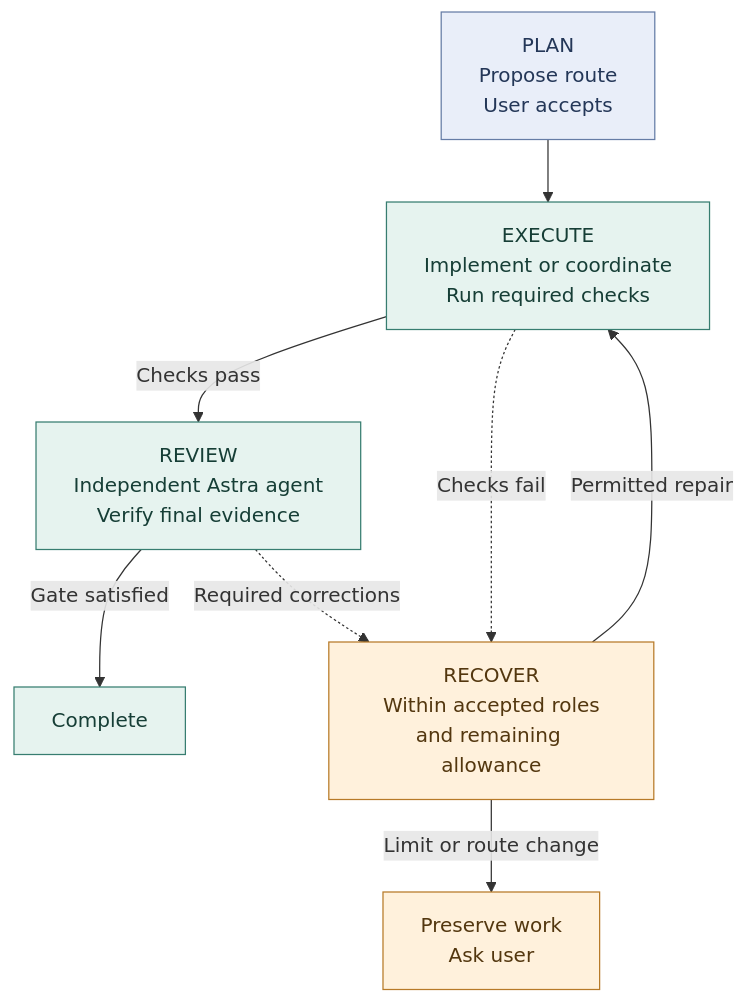
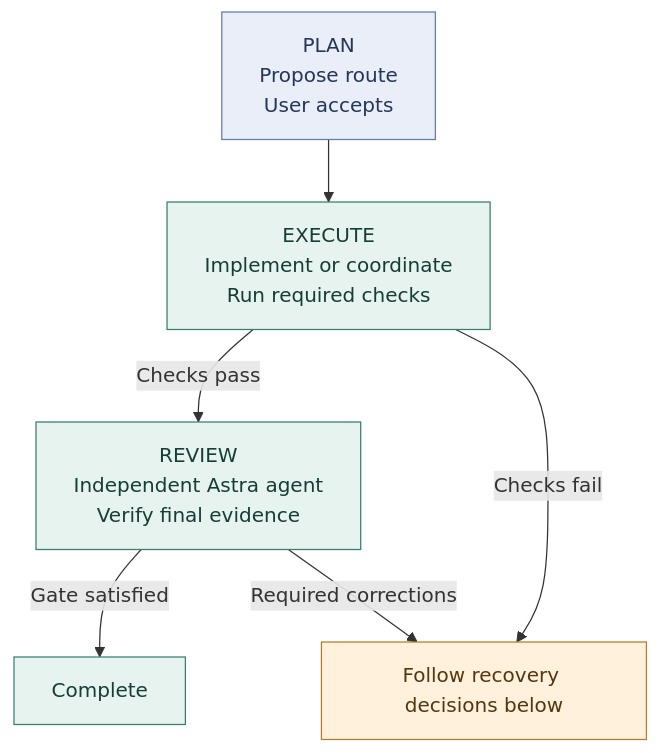
One commit to stevennitesh/programming-agent-skills changed the first of 2 diagrams in README.md. Above: the diagram before and after it, drawn with Mermaid. The commit also changed other lines of this file, not shown here.

Commit message:
Clarify cost-aware recovery and escalation flowcharts

````diff
--- a/README.md
+++ b/README.md
@@ -147,16 +147,14 @@
 ```mermaid
 flowchart TB
     Plan["PLAN<br/>Propose route<br/>User accepts"] --> Work["EXECUTE<br/>Implement or coordinate<br/>Run required checks"]
     Work -->|Checks pass|Review["REVIEW<br/>Independent Astra agent<br/>Verify final evidence"]
+    Work -->|Checks fail|Recover["Follow recovery decisions below"]
     Review -->|Gate satisfied|Done["Complete"]
-    Work -.->|Checks fail|Recovery["RECOVER<br/>Within accepted roles<br/>and remaining allowance"]
-    Review -.->|Required corrections|Recovery
-    Recovery -->|Permitted repair|Work
-    Recovery -->|Limit or route change|Pause["Preserve work<br/>Ask user"]
+    Review -->|Required corrections|Recover
     classDef plan fill:#e9eef9,stroke:#657ca6,color:#243758
     classDef work fill:#e6f3ef,stroke:#377d70,color:#163e36
     classDef recovery fill:#fff1dc,stroke:#b77a28,color:#53370f
     class Plan plan
     class Work,Review,Done work
-    class Recovery,Pause recovery
+    class Recover recovery
 ```
````
